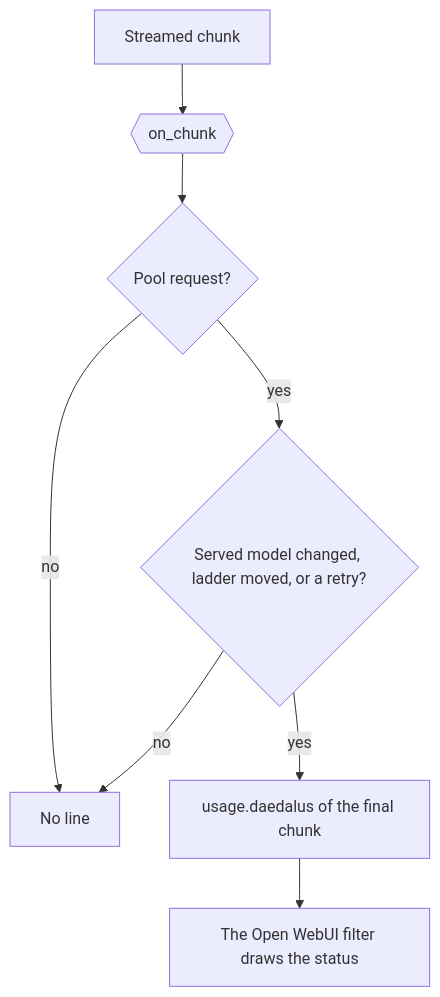
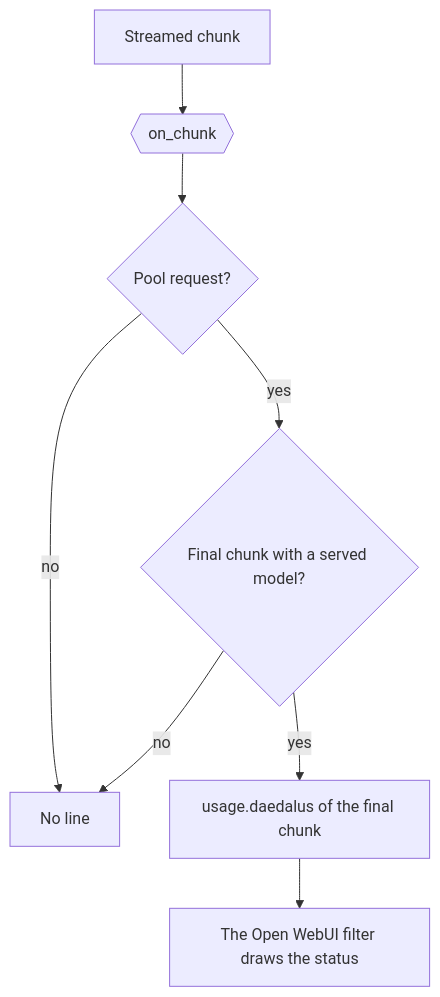
One commit to nemoe7/daedalus changed the diagram in docs/hooks/served_model.md. Above: the diagram before and after it, drawn with Mermaid. The commit also changed other lines of this file and 3 other files, not shown here.

Commit message:
fix(hooks): draw the served model line on every pool answer

````diff
--- a/docs/hooks/served_model.md
+++ b/docs/hooks/served_model.md
@@ -13,10 +13,10 @@
 ```mermaid
 flowchart TD
   A[Streamed chunk] --> B{{on_chunk}}
   B --> C{Pool request?}
   C -- no --> D[No line]
-  C -- yes --> E{Served model changed, ladder moved, or a retry?}
+  C -- yes --> E{Final chunk with a served model?}
   E -- no --> D
   E -- yes --> F[usage.daedalus of the final chunk]
   F --> G[The Open WebUI filter draws the status]
 ```
````
